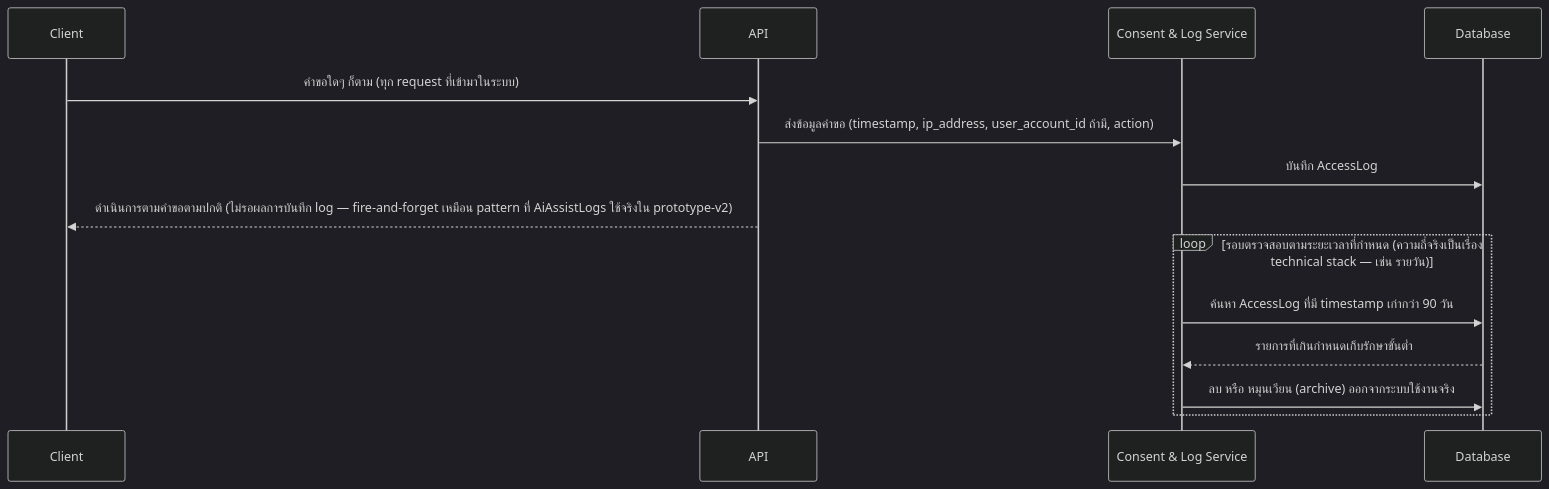
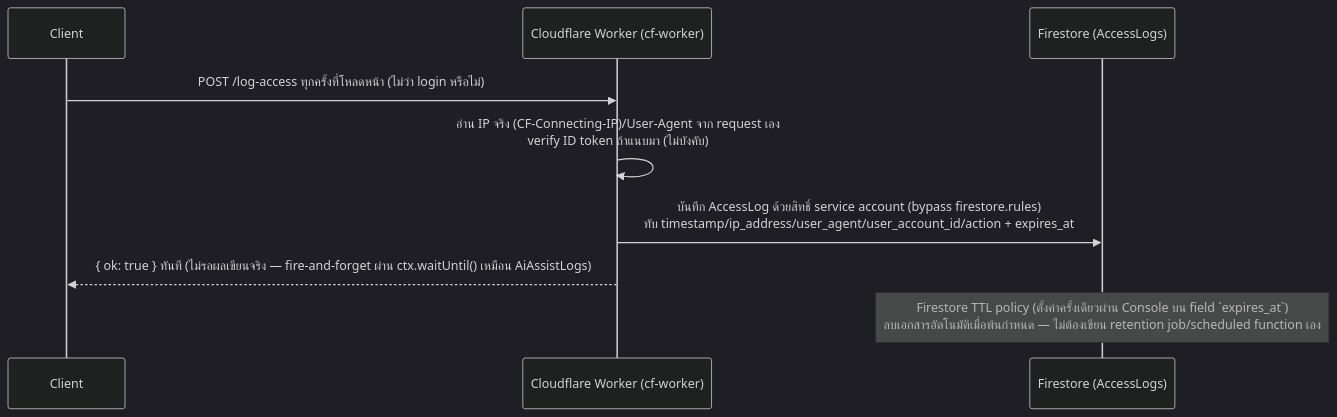
One commit to b5810202241-cpu/Local-Story-Hub changed the seventh of 9 diagrams in docs/02-design/02-technical/detailed-design.md. Above: the diagram before and after it, drawn with Mermaid (dark theme). The commit also changed other lines of this file and 22 other files, not shown here.

````diff
--- a/docs/02-design/02-technical/detailed-design.md
+++ b/docs/02-design/02-technical/detailed-design.md
@@ -156,18 +156,13 @@
 ```mermaid
 sequenceDiagram
   participant Client
-  participant API
-  participant ConsentLog as Consent & Log Service
-  participant DB as Database
+  participant Worker as Cloudflare Worker (cf-worker)
+  participant DB as Firestore (AccessLogs)
 
-  Client->>API: คำขอใดๆ ก็ตาม (ทุก request ที่เข้ามาในระบบ)
-  API->>ConsentLog: ส่งข้อมูลคำขอ (timestamp, ip_address, user_account_id ถ้ามี, action)
-  ConsentLog->>DB: บันทึก AccessLog
-  API-->>Client: ดำเนินการตามคำขอตามปกติ (ไม่รอผลการบันทึก log — fire-and-forget เหมือน pattern ที่ AiAssistLogs ใช้จริงใน prototype-v2)
+  Client->>Worker: POST /log-access ทุกครั้งที่โหลดหน้า (ไม่ว่า login หรือไม่)
+  Worker->>Worker: อ่าน IP จริง (CF-Connecting-IP)/User-Agent จาก request เอง<br/>verify ID token ถ้าแนบมา (ไม่บังคับ)
+  Worker->>DB: บันทึก AccessLog ด้วยสิทธิ์ service account (bypass firestore.rules)<br/>ทับ timestamp/ip_address/user_agent/user_account_id/action + expires_at
+  Worker-->>Client: { ok: true } ทันที (ไม่รอผลเขียนจริง — fire-and-forget ผ่าน ctx.waitUntil() เหมือน AiAssistLogs)
 
-  loop รอบตรวจสอบตามระยะเวลาที่กำหนด (ความถี่จริงเป็นเรื่อง technical stack — เช่น รายวัน)
-    ConsentLog->>DB: ค้นหา AccessLog ที่มี timestamp เก่ากว่า 90 วัน
-    DB-->>ConsentLog: รายการที่เกินกำหนดเก็บรักษาขั้นต่ำ
-    ConsentLog->>DB: ลบ หรือ หมุนเวียน (archive) ออกจากระบบใช้งานจริง
-  end
+  Note over DB: Firestore TTL policy (ตั้งค่าครั้งเดียวผ่าน Console บน field `expires_at`)<br/>ลบเอกสารอัตโนมัติเมื่อพ้นกำหนด — ไม่ต้องเขียน retention job/scheduled function เอง
 ```
````
